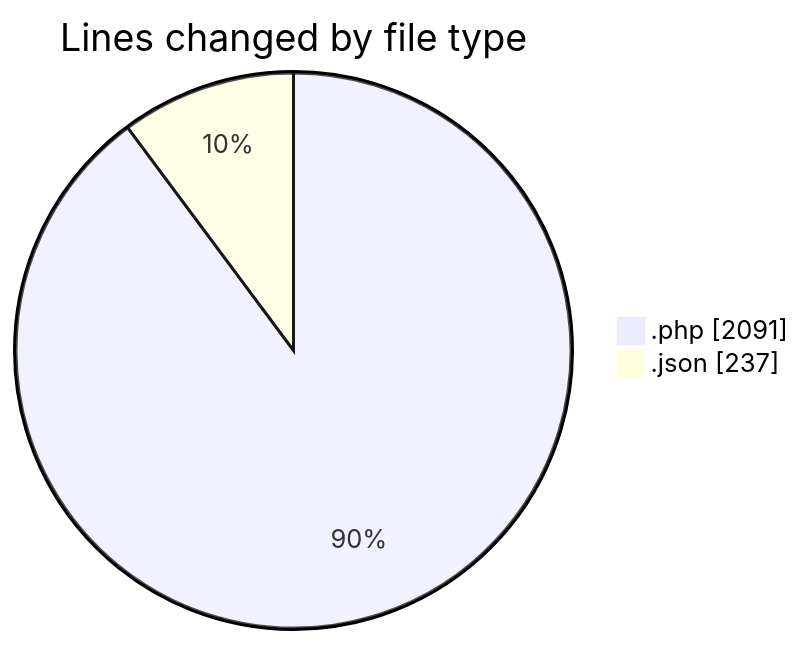
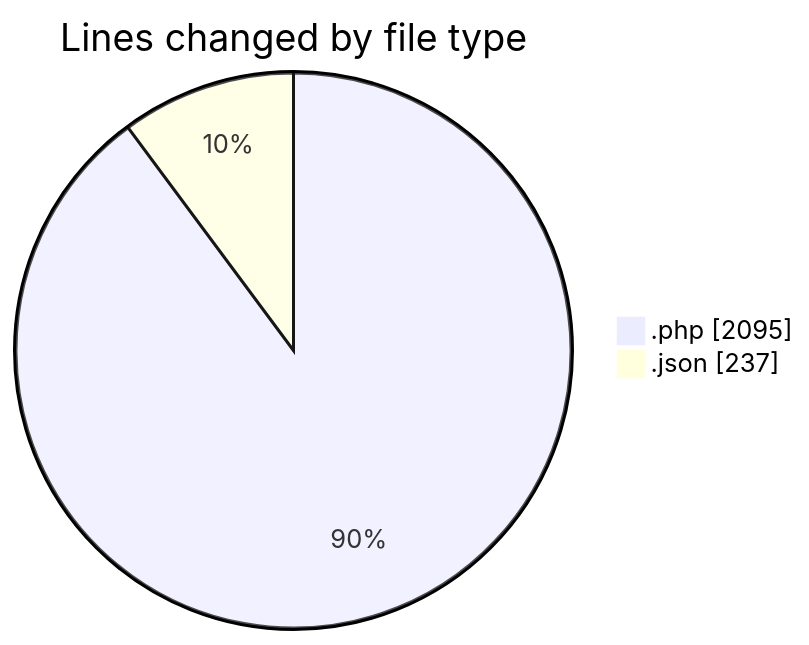
Before and after one commit to idhammustaqopulfikri/code-tracking: the first of 2 diagrams in 2025-06-23/studio-backend/README.md, drawn with Mermaid. The commit also changed other lines of this file and 1 other file, not shown here.

````diff
--- a/2025-06-23/studio-backend/README.md
+++ b/2025-06-23/studio-backend/README.md
@@ -24,6 +24,6 @@
 ```mermaid
 pie showData
 title Lines changed by file type
-".php" : 2091
+".php" : 2095
 ".json" : 237
 ```
````
